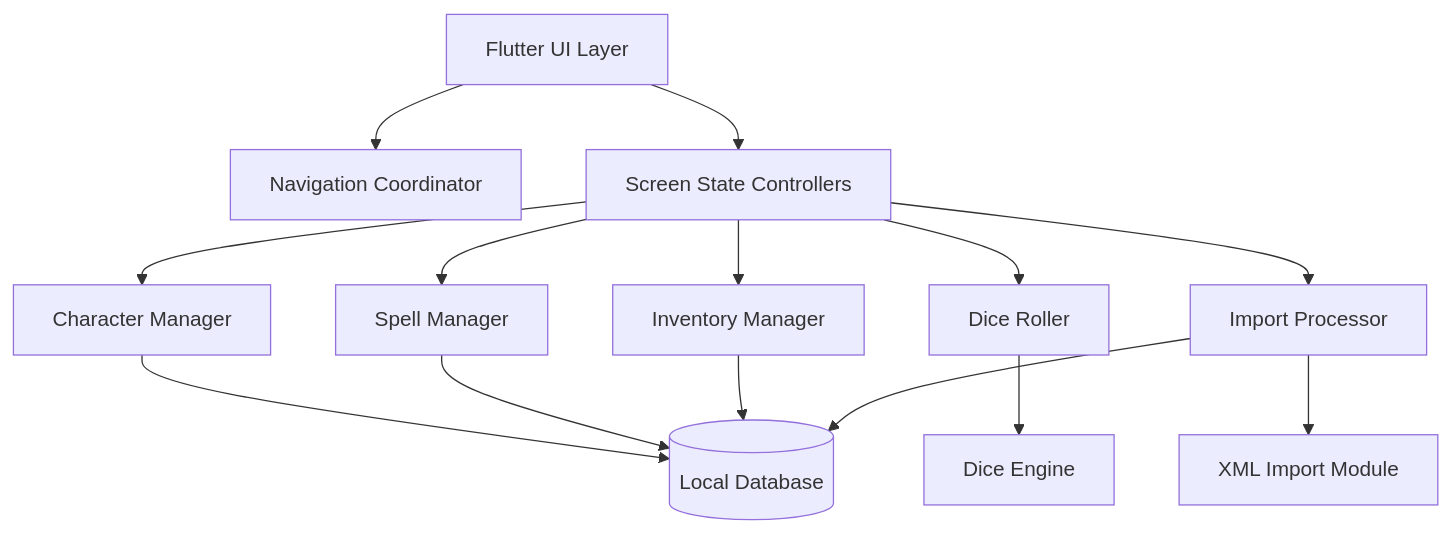
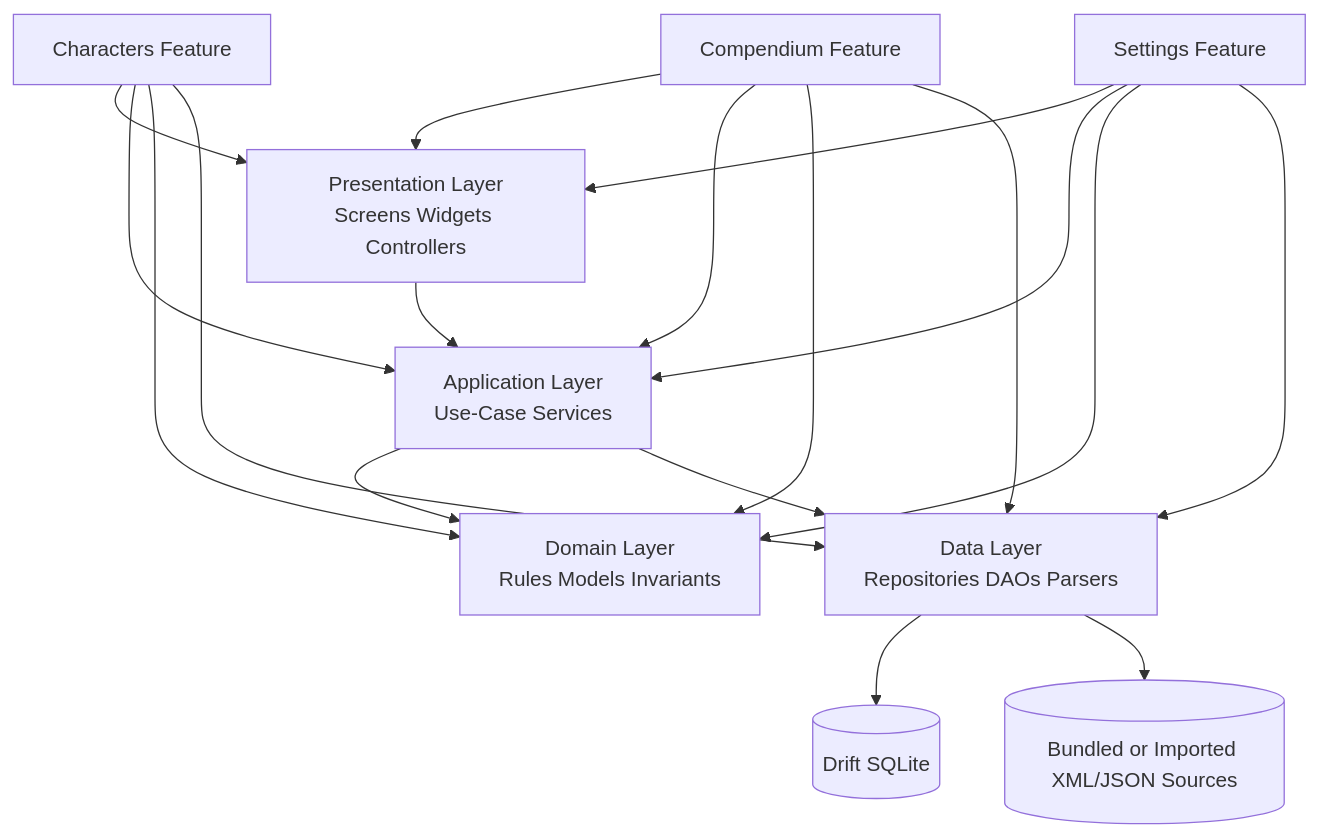
The diagram in Adventure Vault Character/docs/diagrams/components.md (JuanEstrada/adventure-vault-character), drawn with Mermaid before and after one commit. The commit also changed other lines of this file and 11 other files, not shown here.

````diff
--- a/Adventure Vault Character/docs/diagrams/components.md
+++ b/Adventure Vault Character/docs/diagrams/components.md
@@ -9,28 +9,35 @@
 ```mermaid
 flowchart TD
-    Ui[Flutter UI Layer]
-    Nav[Navigation Coordinator]
-    State[Screen State Controllers]
-    Character[Character Manager]
-    DiceRoller[Dice Roller]
-    Spell[Spell Manager]
-    Inventory[Inventory Manager]
-    Import[Import Processor]
-    Dice[Dice Engine]
-    Xml[XML Import Module]
-    Db[(Local Database)]
+    UI[Presentation Layer\nScreens Widgets Controllers]
+    APP[Application Layer\nUse-Case Services]
+    DOMAIN[Domain Layer\nRules Models Invariants]
+    DATA[Data Layer\nRepositories DAOs Parsers]
 
-    Ui --> Nav
-    Ui --> State
-    State --> Character
-    State --> DiceRoller
-    State --> Spell
-    State --> Inventory
-    State --> Import
-    DiceRoller --> Dice
-    Character --> Db
-    Spell --> Db
-    Inventory --> Db
-    Import --> Xml
-    Import --> Db
+    CHAR[Characters Feature]
+    COMP[Compendium Feature]
+    SET[Settings Feature]
+
+    DB[(Drift SQLite)]
+    SRC[(Bundled or Imported XML/JSON Sources)]
+
+    UI --> APP
+    APP --> DOMAIN
+    APP --> DATA
+    DATA --> DB
+    DATA --> SRC
+
+    CHAR --> UI
+    CHAR --> APP
+    CHAR --> DOMAIN
+    CHAR --> DATA
+
+    COMP --> UI
+    COMP --> APP
+    COMP --> DOMAIN
+    COMP --> DATA
+
+    SET --> UI
+    SET --> APP
+    SET --> DOMAIN
+    SET --> DATA
 ```
````
